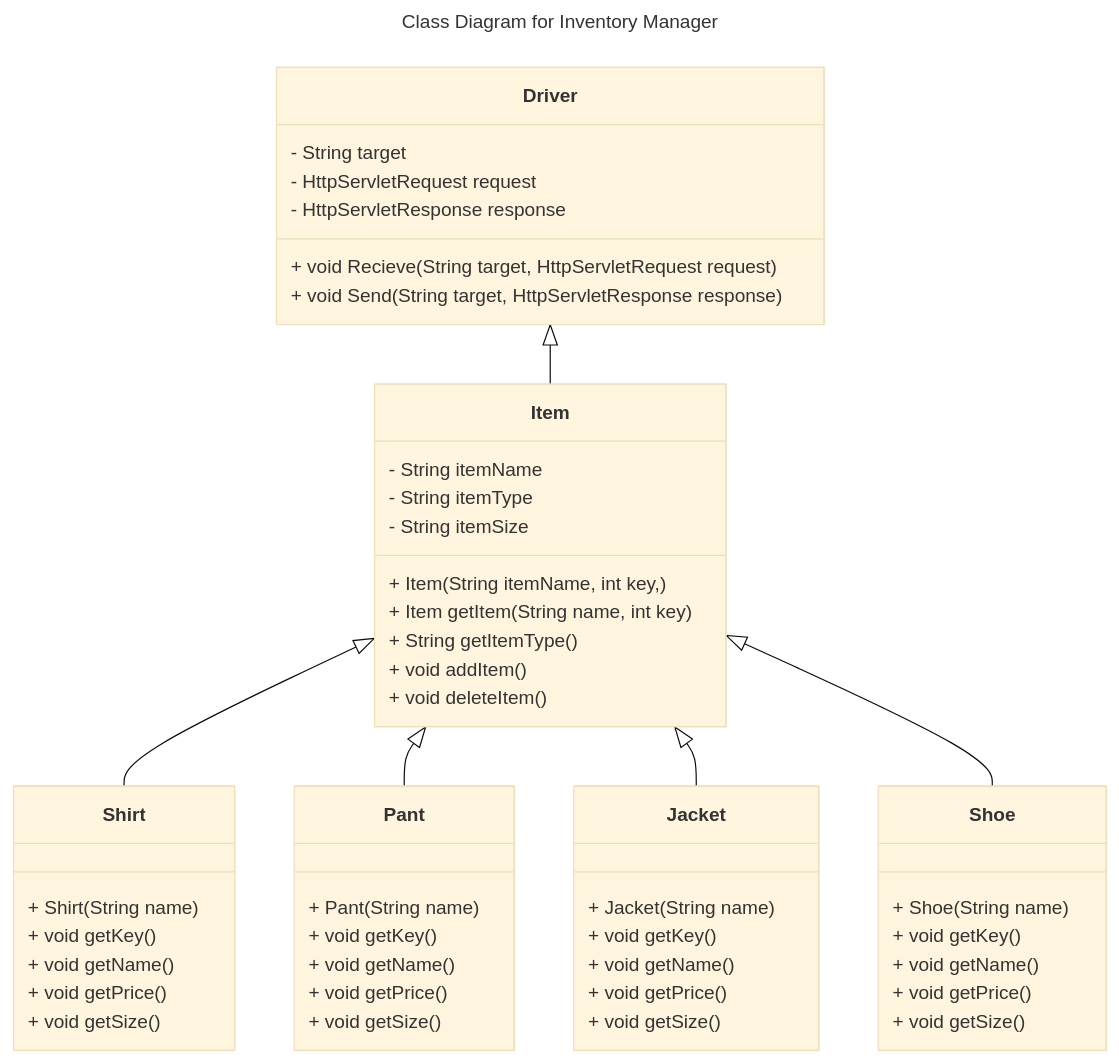
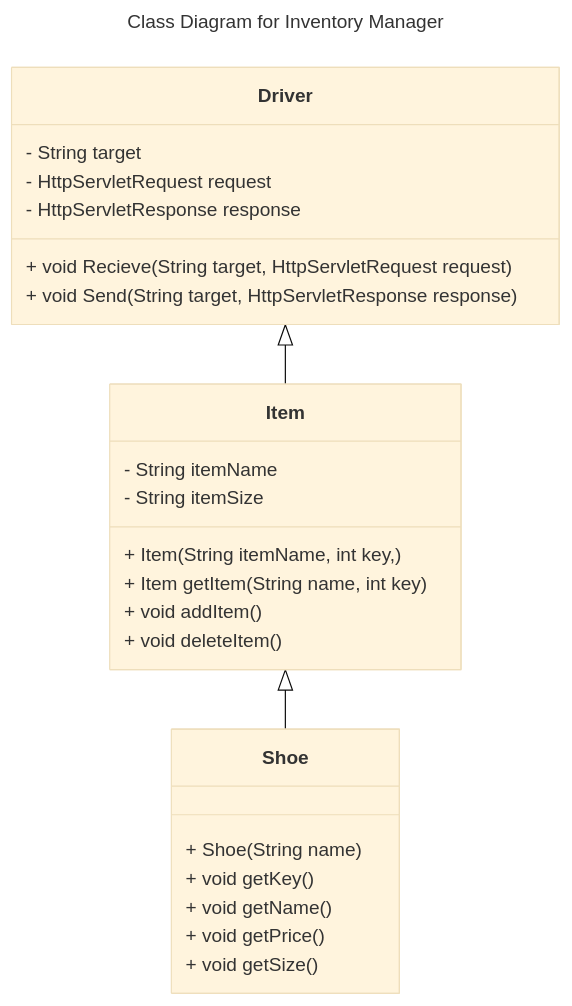
Before and after one commit to vincent-li-1/StockSync: the third of 6 diagrams in requirements_specifications.md, drawn with Mermaid (base theme). The commit also changed other lines of this file, not shown here.

````diff
--- a/requirements_specifications.md
+++ b/requirements_specifications.md
@@ -265,56 +234,32 @@
 ```mermaid
 ---
 title: Class Diagram for Inventory Manager
 ---
 classDiagram
     class Driver {
         - String target
         - HttpServletRequest request
         - HttpServletResponse response
         + void Recieve(String target, HttpServletRequest request)
         + void Send(String target, HttpServletResponse response)
     }
     class Item {
         - String itemName
-        - String itemType
         - String itemSize
         + Item(String itemName, int key, )
         + Item getItem(String name, int key)
-        + String getItemType()
         + void addItem()
         + void deleteItem()
     }
-    class Shirt {
-        + Shirt(String name)
-        + void getKey()
-        + void getName()
-        + void getPrice()
-        + void getSize()
-    }
-    class Pant {
-        + Pant(String name)
-        + void getKey()
-        + void getName()
-        + void getPrice()
-        + void getSize()
-    }
-    class Jacket {
-        + Jacket(String name)
-        + void getKey()
-        + void getName()
-        + void getPrice()
-        + void getSize()
-    }
+    
     class Shoe {
         + Shoe(String name)
         + void getKey()
         + void getName()
         + void getPrice()
         + void getSize()
     }
     Driver <|-- Item
-    Item <|-- Shirt
-    Item <|-- Pant
-    Item <|-- Jacket
+    
     Item <|-- Shoe
 ```
````
